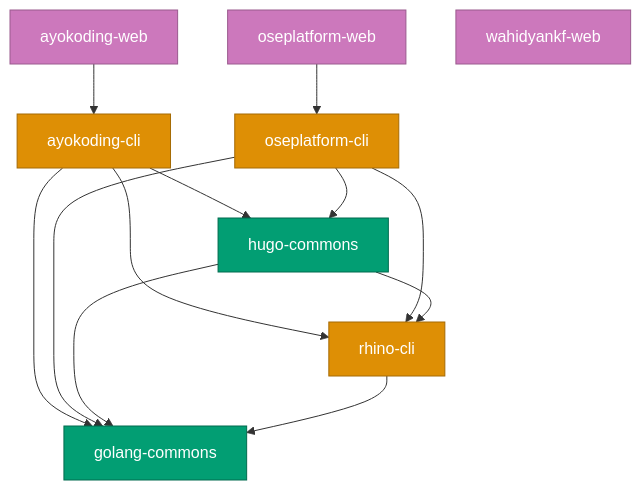
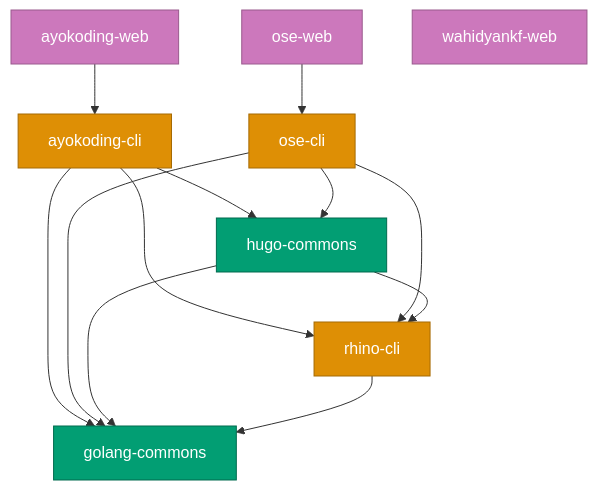
The first of 2 diagrams in docs/reference/project-dependency-graph.md (wahidyankf/open-sharia-enterprise), drawn with Mermaid before and after one commit. The commit also changed other lines of this file and 431 other files, not shown here.

Commit message:
refactor(ose-web): rename oseplatform-* to ose-* for shorter names

````diff
--- a/docs/reference/project-dependency-graph.md
+++ b/docs/reference/project-dependency-graph.md
@@ -57,41 +57,41 @@
 ```mermaid
 graph TD
   %% Content sites (top level)
   AKW[ayokoding-web]
-  OPW[oseplatform-web]
+  OPW[ose-web]
   WKF[wahidyankf-web]
 
   %% CLI tools
   AKC[ayokoding-cli]
-  OPC[oseplatform-cli]
+  OPC[ose-cli]
   RC[rhino-cli]
 
   %% Go libs (leaf / near-leaf)
   HC[hugo-commons]
   GC[golang-commons]
 
   %% Content site → CLI
   AKW --> AKC
   OPW --> OPC
 
   %% CLI → shared libs
   AKC --> HC
   AKC --> RC
   AKC --> GC
   OPC --> HC
   OPC --> RC
   OPC --> GC
 
   %% Lib chain
   HC --> RC
   HC --> GC
   RC --> GC
 
   classDef lib fill:#029E73,stroke:#016B4E,color:#FFFFFF
   classDef cli fill:#DE8F05,stroke:#A56A04,color:#FFFFFF
   classDef site fill:#CC78BC,stroke:#9A5A8E,color:#FFFFFF
 
   class GC,HC lib
   class RC,AKC,OPC cli
   class AKW,OPW,WKF site
 ```
````
